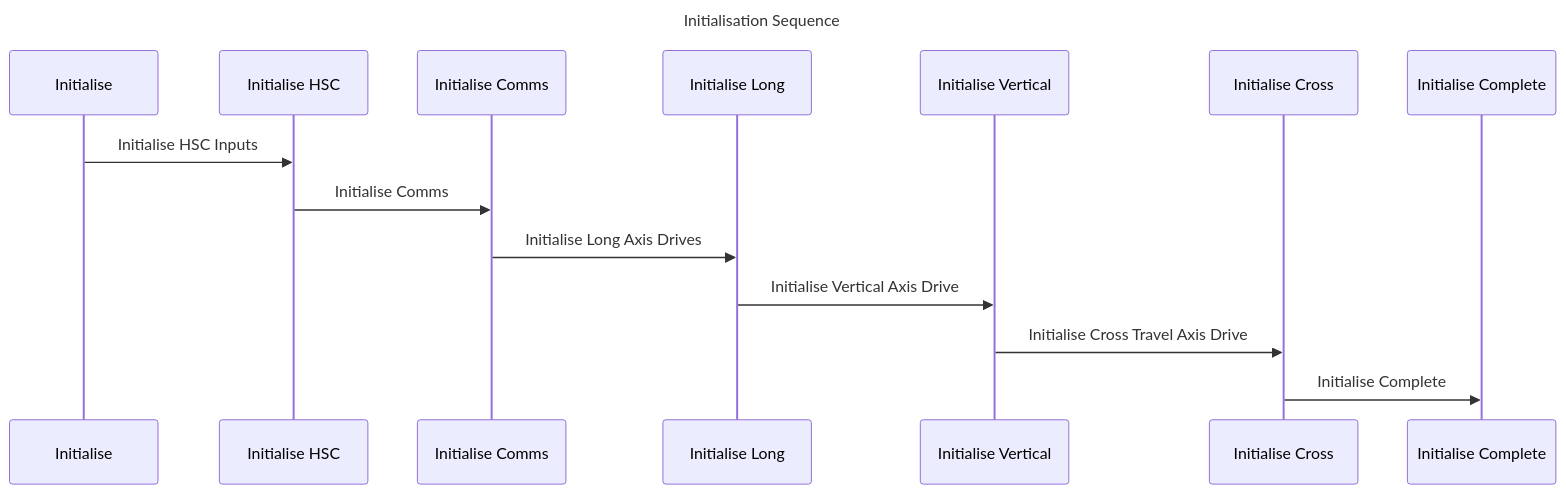
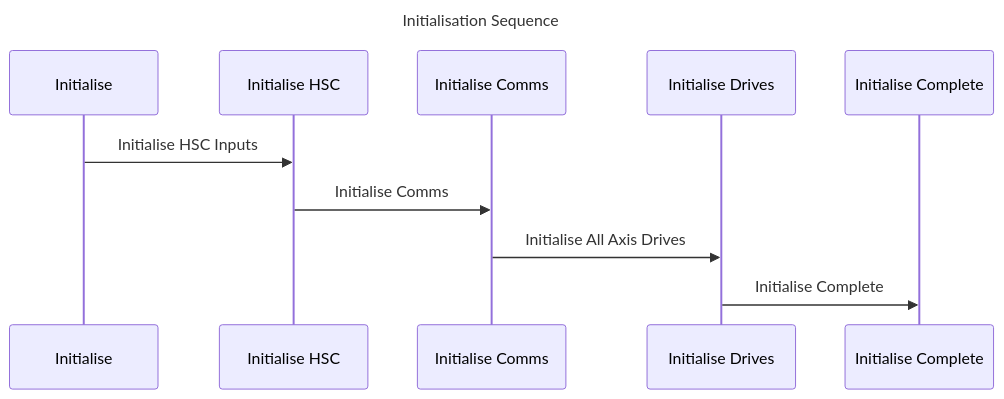
The third of 3 diagrams in Control-Diagrams/SystemDiagrams.md (TheOneandOnlyJakfrost/ICMWO19011), drawn with Mermaid before and after one commit. The commit also changed other lines of this file and 2 other files, not shown here.

Commit message:
More additions to SystemDiagrams and addition of PDF

````diff
--- a/Control-Diagrams/SystemDiagrams.md
+++ b/Control-Diagrams/SystemDiagrams.md
@@ -61,11 +61,8 @@
 ```mermaid
 sequenceDiagram
 Title: Initialisation Sequence
     Initialise->>Initialise HSC: Initialise HSC Inputs
     Initialise HSC->>Initialise Comms: Initialise Comms
-    Initialise Comms->>Initialise Long: Initialise Long Axis Drives
-    Initialise Long->>Initialise Vertical: Initialise Vertical Axis Drive
-    Initialise Vertical->>Initialise Cross: Initialise Cross Travel Axis Drive
-    Initialise Cross->>Initialise Complete: Initialise Complete
-    
+    Initialise Comms->>Initialise Drives: Initialise All Axis Drives
+    Initialise Drives->>Initialise Complete: Initialise Complete
 ```
````
